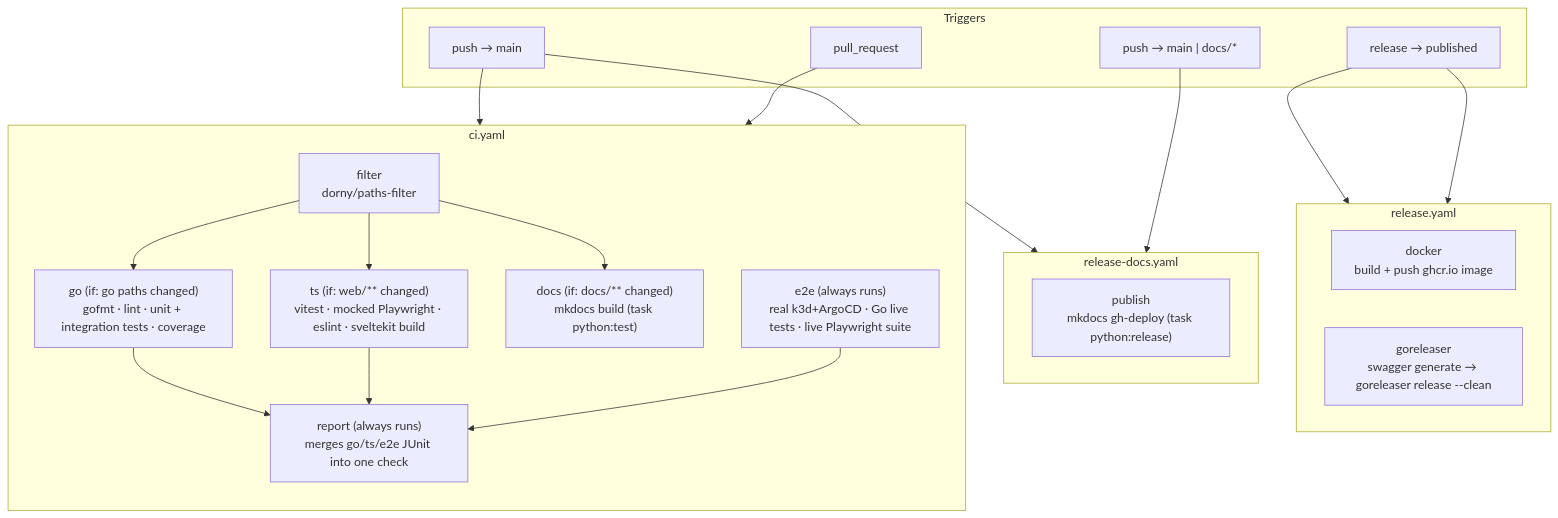
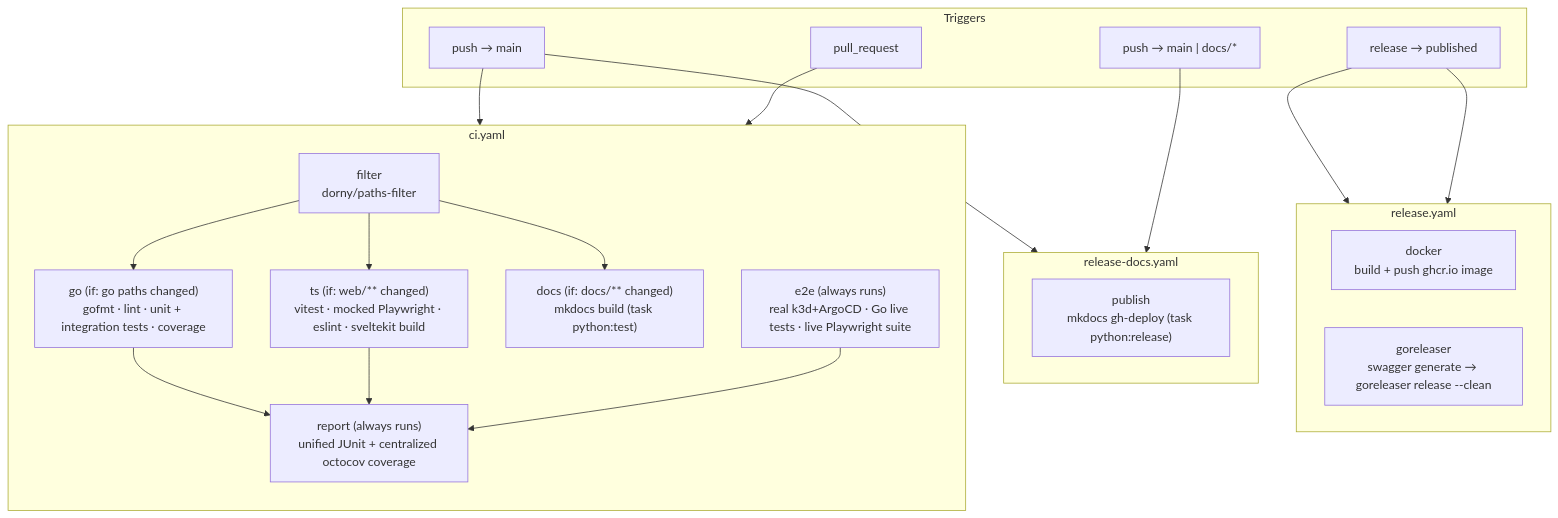
One commit to ivanklee86/tangle changed the diagram in docs/agents/ci.md. Above: the diagram before and after it, drawn with Mermaid. The commit also changed other lines of this file and 3 other files, not shown here.

````diff
--- a/docs/agents/ci.md
+++ b/docs/agents/ci.md
@@ -17,43 +17,43 @@
 ```mermaid
 flowchart TB
     subgraph triggers[Triggers]
         push_main["push → main"]
         pr["pull_request"]
         push_docs["push → main | docs/*"]
         release_pub["release → published"]
     end
 
     subgraph ci_wf["ci.yaml"]
         direction TB
         filter_job["filter<br/>dorny/paths-filter"]
         go_job["go (if: go paths changed)<br/>gofmt · lint · unit + integration tests · coverage"]
         ts_job["ts (if: web/** changed)<br/>vitest · mocked Playwright · eslint · sveltekit build"]
         docs_job["docs (if: docs/** changed)<br/>mkdocs build (task python:test)"]
         e2e_job["e2e (always runs)<br/>real k3d+ArgoCD · Go live tests · live Playwright suite"]
-        report_job["report (always runs)<br/>merges go/ts/e2e JUnit into one check"]
+        report_job["report (always runs)<br/>unified JUnit + centralized octocov coverage"]
 
         filter_job --> go_job
         filter_job --> ts_job
         filter_job --> docs_job
         go_job --> report_job
         ts_job --> report_job
         e2e_job --> report_job
     end
 
     subgraph docs_wf["release-docs.yaml"]
         publish_job["publish<br/>mkdocs gh-deploy (task python:release)"]
     end
 
     subgraph release_wf["release.yaml"]
         direction LR
         docker_job["docker<br/>build + push ghcr.io image"]
         goreleaser_job["goreleaser<br/>swagger generate → goreleaser release --clean"]
     end
 
     push_main --> ci_wf
     pr --> ci_wf
     push_main --> docs_wf
     push_docs --> docs_wf
     release_pub --> docker_job
     release_pub --> goreleaser_job
 ```
````
